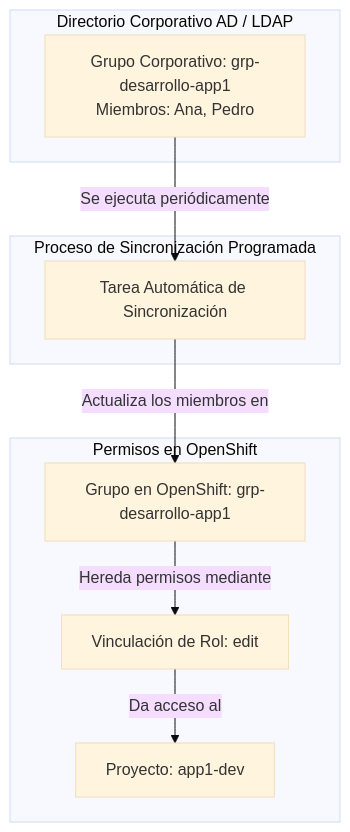
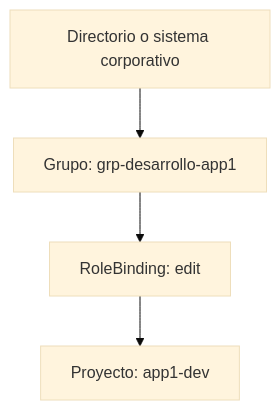
One commit to ieftraining/curso-openshift changed the seventh of 7 diagrams in docs/sesion4/4.1 Proyectos y permisos.md. Above: the diagram before and after it, drawn with Mermaid (base theme). The commit also changed other lines of this file, not shown here.

````diff
--- a/docs/sesion4/4.1 Proyectos y permisos.md
+++ b/docs/sesion4/4.1 Proyectos y permisos.md
@@ -211,21 +193,6 @@
 ```mermaid
 flowchart TD
-    subgraph Directorio Corporativo AD / LDAP
-        A[Grupo Corporativo: grp-desarrollo-app1<br>Miembros: Ana, Pedro]
-    end
-
-    subgraph Proceso de Sincronización Programada
-        B[Tarea Automática de Sincronización]
-    end
-
-    subgraph Permisos en OpenShift
-        C[Grupo en OpenShift: grp-desarrollo-app1]
-        D[Vinculación de Rol: edit]
-        E[Proyecto: app1-dev]
-    end
-
-    A -->|Se ejecuta periódicamente| B
-    B -->|Actualiza los miembros en| C
-    C -->|Hereda permisos mediante| D
-    D -->|Da acceso al| E
+    D[Directorio o sistema corporativo] --> G[Grupo: grp-desarrollo-app1]
+    G --> RB[RoleBinding: edit]
+    RB --> P[Proyecto: app1-dev]
 ```
````
